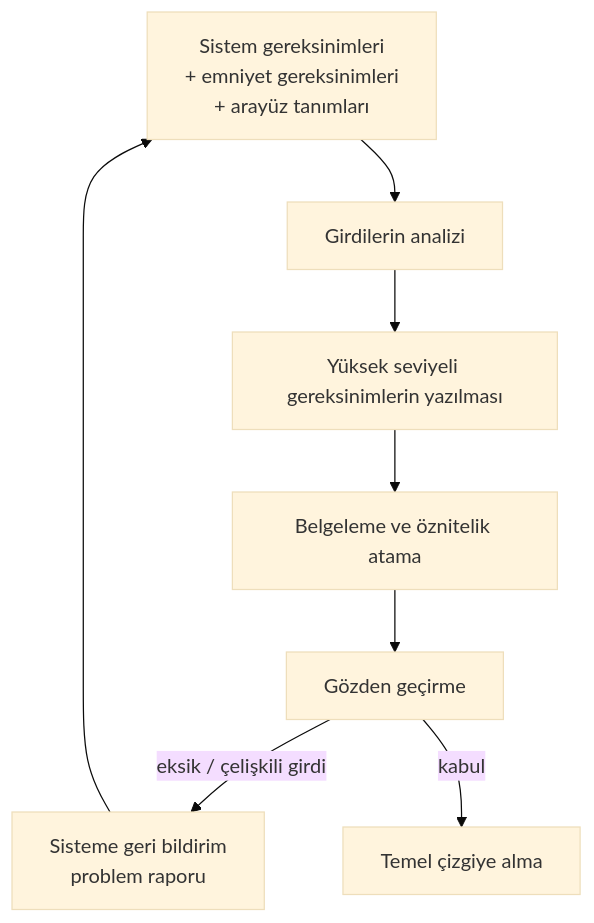
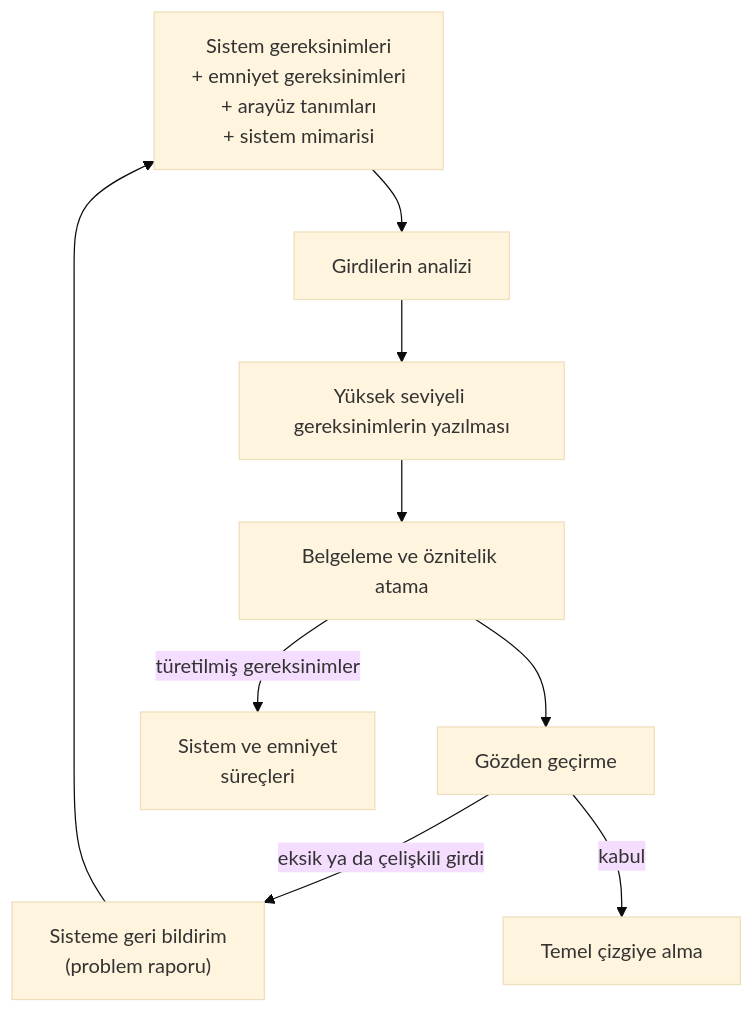
The first of 2 diagrams in kitap/03-do178c-ile-gelistirme/06-yazilim-gereksinimleri.md (Mavrikant/aviyonikyazilim), drawn with Mermaid (base theme) before and after one commit. The commit also changed other lines of this file and 35 other files, not shown here.

````diff
--- a/kitap/03-do178c-ile-gelistirme/06-yazilim-gereksinimleri.md
+++ b/kitap/03-do178c-ile-gelistirme/06-yazilim-gereksinimleri.md
@@ -117,10 +127,11 @@
 ```mermaid
 flowchart TD
-    A[Sistem gereksinimleri<br/>+ emniyet gereksinimleri<br/>+ arayüz tanımları] --> B[Girdilerin analizi]
+    A["Sistem gereksinimleri<br/>+ emniyet gereksinimleri<br/>+ arayüz tanımları<br/>+ sistem mimarisi"] --> B[Girdilerin analizi]
     B --> C[Yüksek seviyeli gereksinimlerin yazılması]
     C --> D[Belgeleme ve öznitelik atama]
     D --> E[Gözden geçirme]
-    E -->|eksik / çelişkili girdi| F[Sisteme geri bildirim<br/>problem raporu]
+    D -- "türetilmiş gereksinimler" --> H["Sistem ve emniyet<br/>süreçleri"]
+    E -- "eksik ya da çelişkili girdi" --> F["Sisteme geri bildirim<br/>(problem raporu)"]
     F --> A
-    E -->|kabul| G[Temel çizgiye alma]
+    E -- "kabul" --> G[Temel çizgiye alma]
 ```
````
